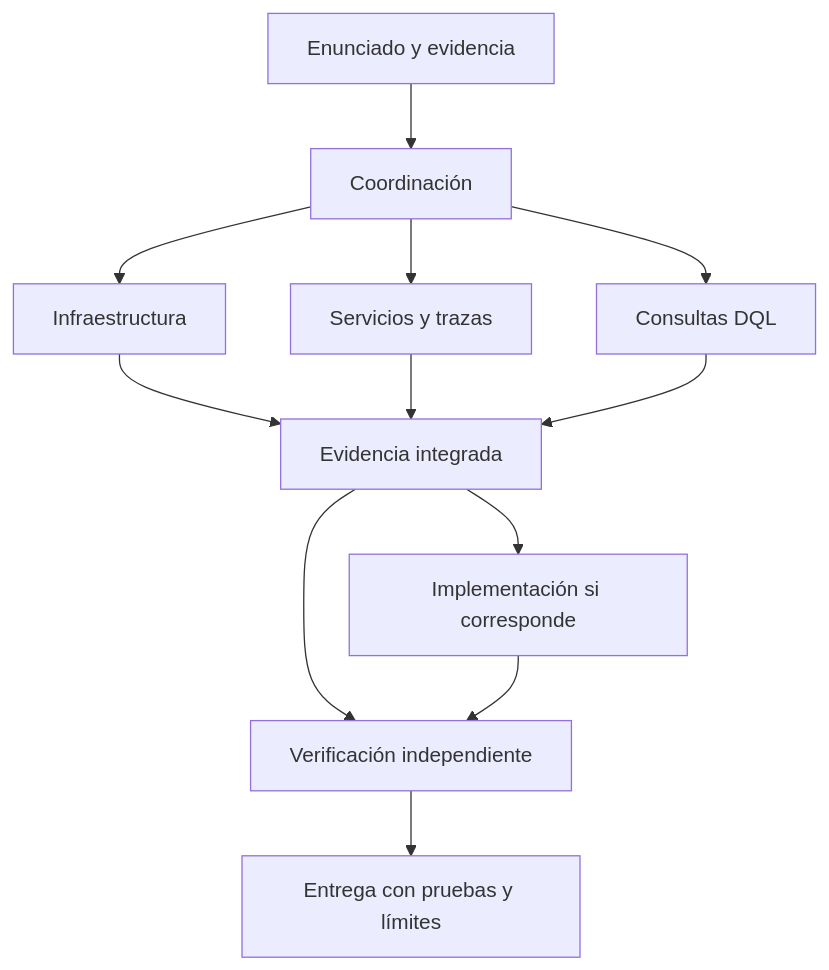
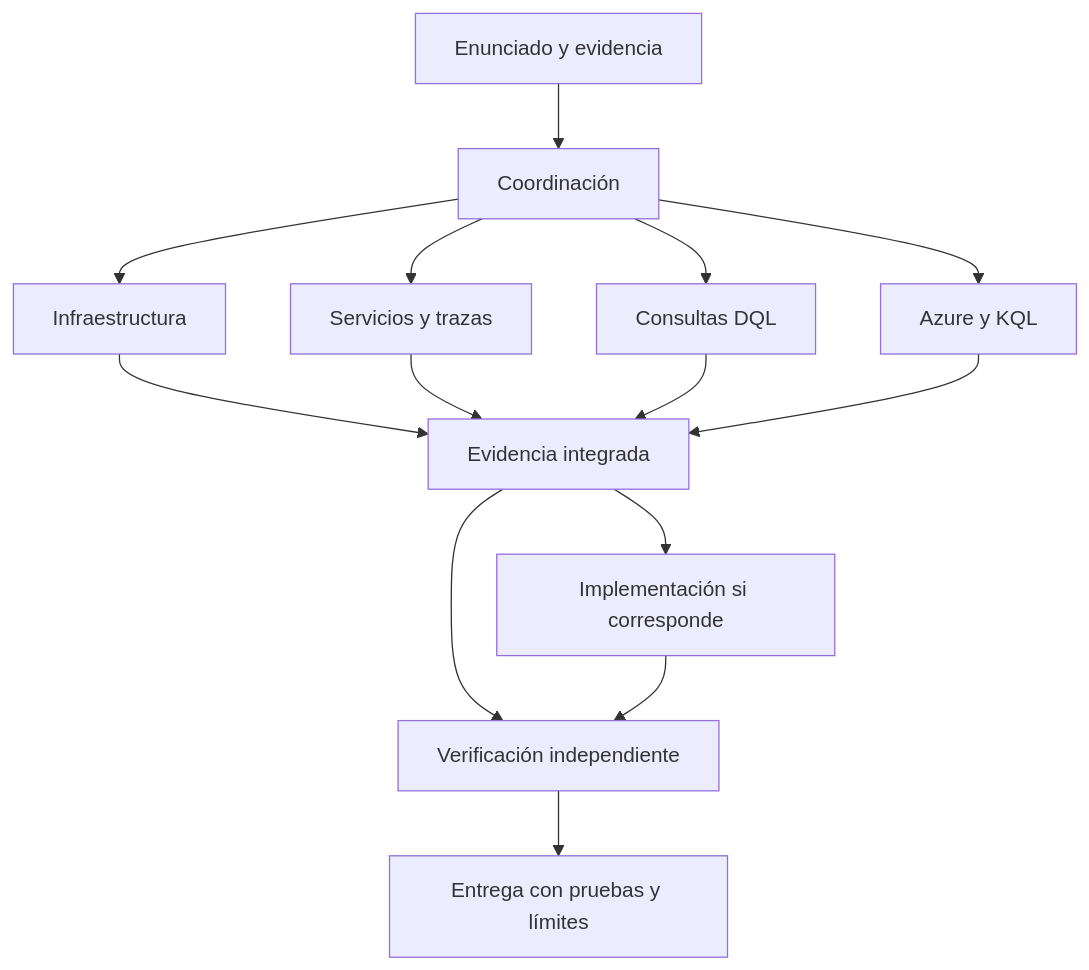
One commit to SamirHorna29/Alimenetacion-de-la-hackathon changed the diagram in docs/equipo-copa.md. Above: the diagram before and after it, drawn with Mermaid. The commit also changed other lines of this file and 20 other files, not shown here.

````diff
--- a/docs/equipo-copa.md
+++ b/docs/equipo-copa.md
@@ -14,14 +15,16 @@
 ```mermaid
 flowchart TD
     U[Enunciado y evidencia] --> C[Coordinación]
     C --> I[Infraestructura]
     C --> T[Servicios y trazas]
     C --> Q[Consultas DQL]
+    C --> A[Azure y KQL]
     I --> E[Evidencia integrada]
     T --> E
     Q --> E
+    A --> E
     E --> M[Implementación si corresponde]
     E --> V[Verificación independiente]
     M --> V
     V --> R[Entrega con pruebas y límites]
 ```
````
